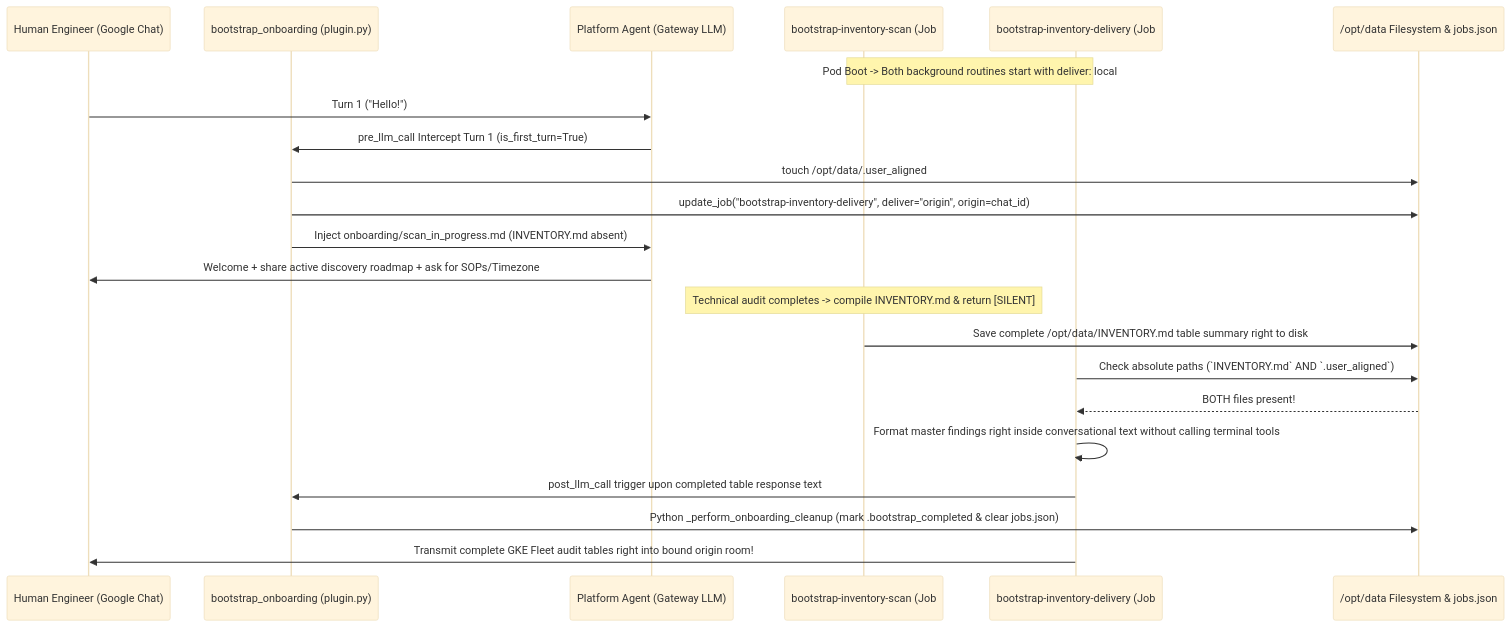
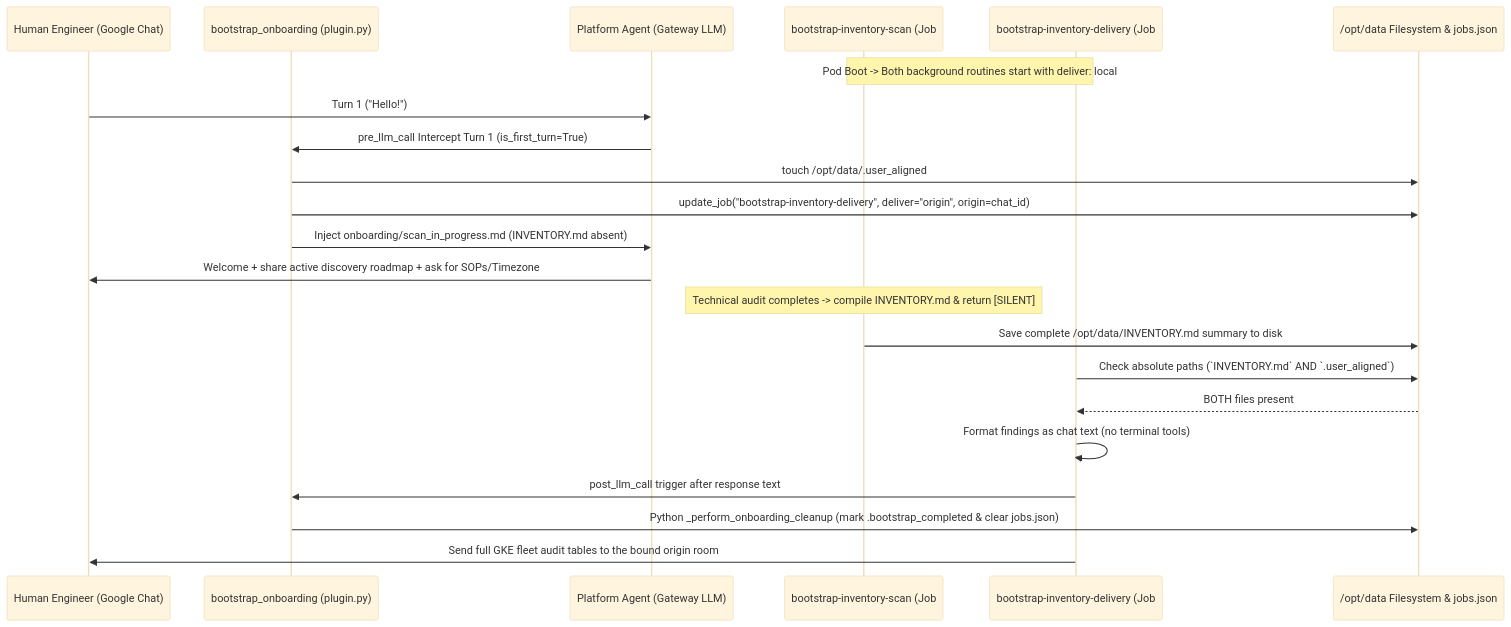
The second of 3 diagrams in agents/platform/plugins/bootstrap_onboarding/README.md (gke-labs/kube-agents), drawn with Mermaid (base theme) before and after one commit. The commit also changed other lines of this file and 5 other files, not shown here.

````diff
--- a/agents/platform/plugins/bootstrap_onboarding/README.md
+++ b/agents/platform/plugins/bootstrap_onboarding/README.md
@@ -69,25 +69,25 @@
 ```mermaid
 sequenceDiagram
     participant User as Human Engineer (Google Chat)
     participant Hook as bootstrap_onboarding (plugin.py)
     participant Agent as Platform Agent (Gateway LLM)
     participant Scan as bootstrap-inventory-scan (Job #1)
     participant Notify as bootstrap-inventory-delivery (Job #2)
     participant Disk as /opt/data Filesystem & jobs.json
 
     Note over Scan,Notify: Pod Boot -> Both background routines start with deliver: local
     User->>Agent: Turn 1 ("Hello!")
     Agent->>Hook: pre_llm_call Intercept Turn 1 (is_first_turn=True)
     Hook->>Disk: touch /opt/data/.user_aligned
     Hook->>Disk: update_job("bootstrap-inventory-delivery", deliver="origin", origin=chat_id)
     Hook->>Agent: Inject onboarding/scan_in_progress.md (INVENTORY.md absent)
     Agent->>User: Welcome + share active discovery roadmap + ask for SOPs/Timezone
     Note over Scan: Technical audit completes -> compile INVENTORY.md & return [SILENT]
-    Scan->>Disk: Save complete /opt/data/INVENTORY.md table summary right to disk
+    Scan->>Disk: Save complete /opt/data/INVENTORY.md summary to disk
     Notify->>Disk: Check absolute paths (`INVENTORY.md` AND `.user_aligned`)
-    Disk-->>Notify: BOTH files present!
-    Notify->>Notify: Format master findings right inside conversational text without calling terminal tools
-    Notify->>Hook: post_llm_call trigger upon completed table response text
+    Disk-->>Notify: BOTH files present
+    Notify->>Notify: Format findings as chat text (no terminal tools)
+    Notify->>Hook: post_llm_call trigger after response text
     Hook->>Disk: Python _perform_onboarding_cleanup (mark .bootstrap_completed & clear jobs.json)
-    Notify->>User: Transmit complete GKE Fleet audit tables right into bound origin room!
+    Notify->>User: Send full GKE fleet audit tables to the bound origin room
 ```
````
